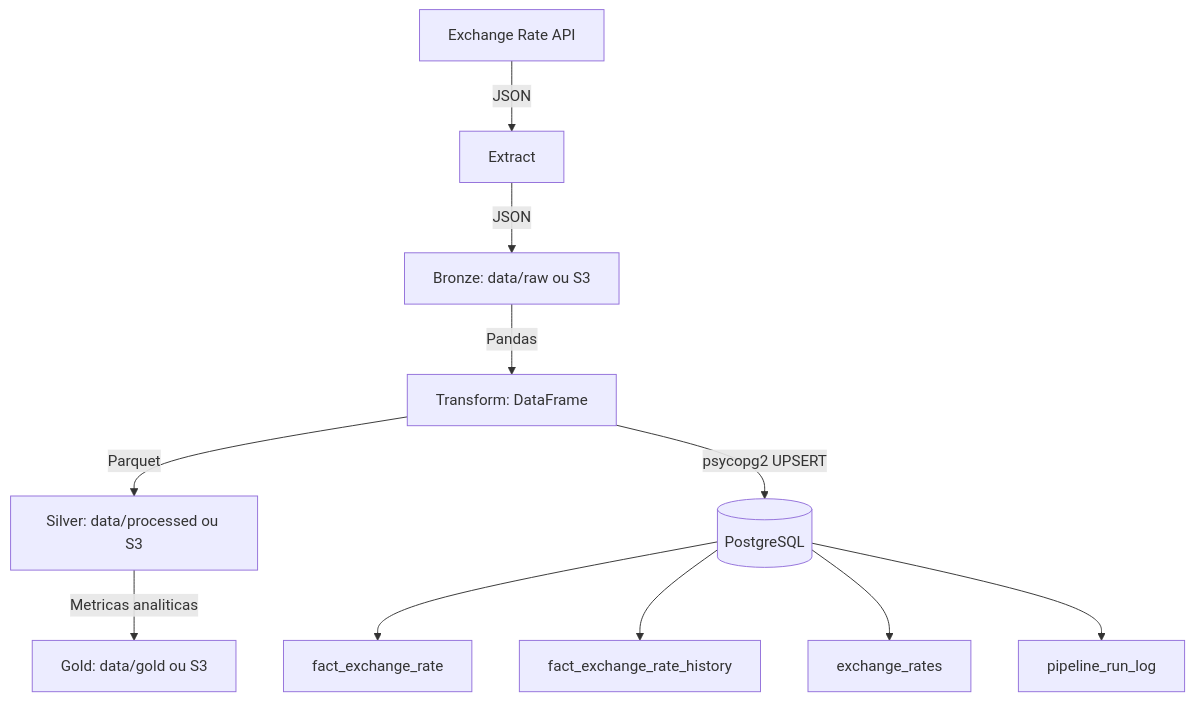
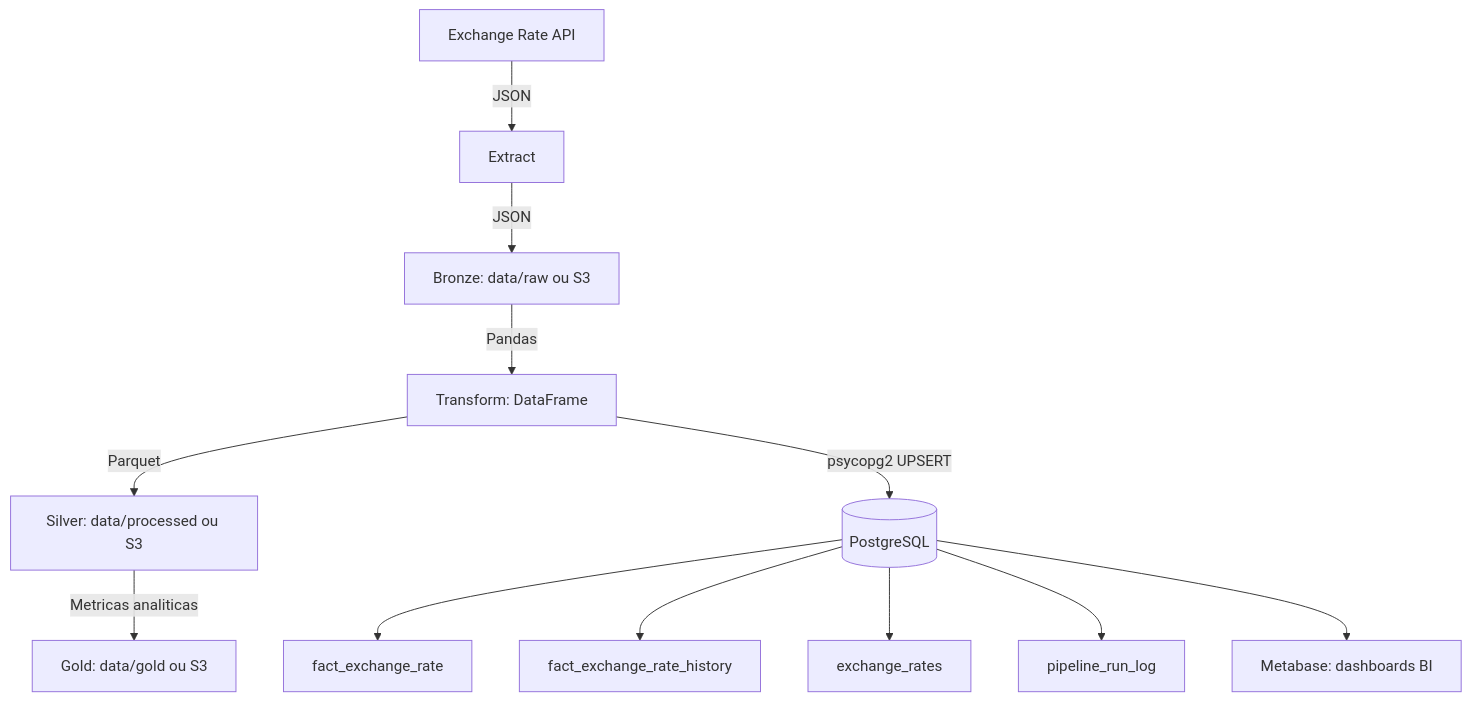
The first of 2 diagrams in README.md (eduardo-wenzel/brics-currency-data-pipeline), drawn with Mermaid before and after one commit. The commit also changed other lines of this file and 7 other files, not shown here.

````diff
--- a/README.md
+++ b/README.md
@@ -32,14 +32,15 @@
 ```mermaid
 graph TD
     A[Exchange Rate API] -->|JSON| B[Extract]
     B -->|JSON| C[Bronze: data/raw ou S3]
     C -->|Pandas| D[Transform: DataFrame]
     D -->|Parquet| E[Silver: data/processed ou S3]
     E -->|Metricas analiticas| K[Gold: data/gold ou S3]
     D -->|psycopg2 UPSERT| F[(PostgreSQL)]
 
     F --> G[fact_exchange_rate]
     F --> H[fact_exchange_rate_history]
     F --> I[exchange_rates]
     F --> J[pipeline_run_log]
+    F --> L[Metabase: dashboards BI]
 ```
````
